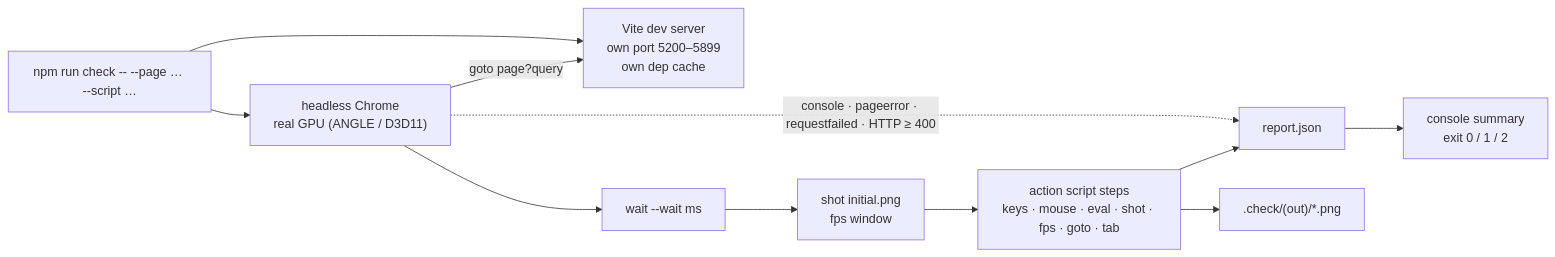
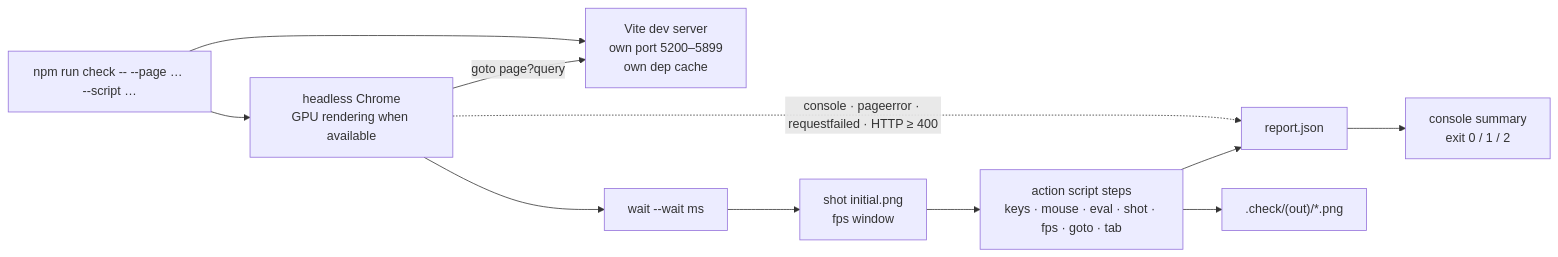
Before and after one commit to Leemonztuff/SoulDolls-Lumina: the diagram in docs/development/TESTING_AND_VERIFICATION.md, drawn with Mermaid. The commit also changed other lines of this file and 586 other files, not shown here.

````diff
--- a/docs/development/TESTING_AND_VERIFICATION.md
+++ b/docs/development/TESTING_AND_VERIFICATION.md
@@ -49,11 +58,11 @@
 ```mermaid
 flowchart LR
   CLI["npm run check -- --page … --script …"] --> V["Vite dev server<br/>own port 5200–5899<br/>own dep cache"]
-  CLI --> B["headless Chrome<br/>real GPU (ANGLE / D3D11)"]
+  CLI --> B["headless Chrome<br/>GPU rendering when available"]
   B -->|goto page?query| V
   B --> W["wait --wait ms"] --> S0["shot initial.png<br/>fps window"] --> STEPS["action script steps<br/>keys · mouse · eval · shot · fps · goto · tab"]
   B -.->|"console · pageerror · requestfailed · HTTP ≥ 400"| R["report.json"]
   STEPS --> R
   STEPS --> PNG[".check/(out)/*.png"]
   R --> OUT["console summary<br/>exit 0 / 1 / 2"]
 ```
````
